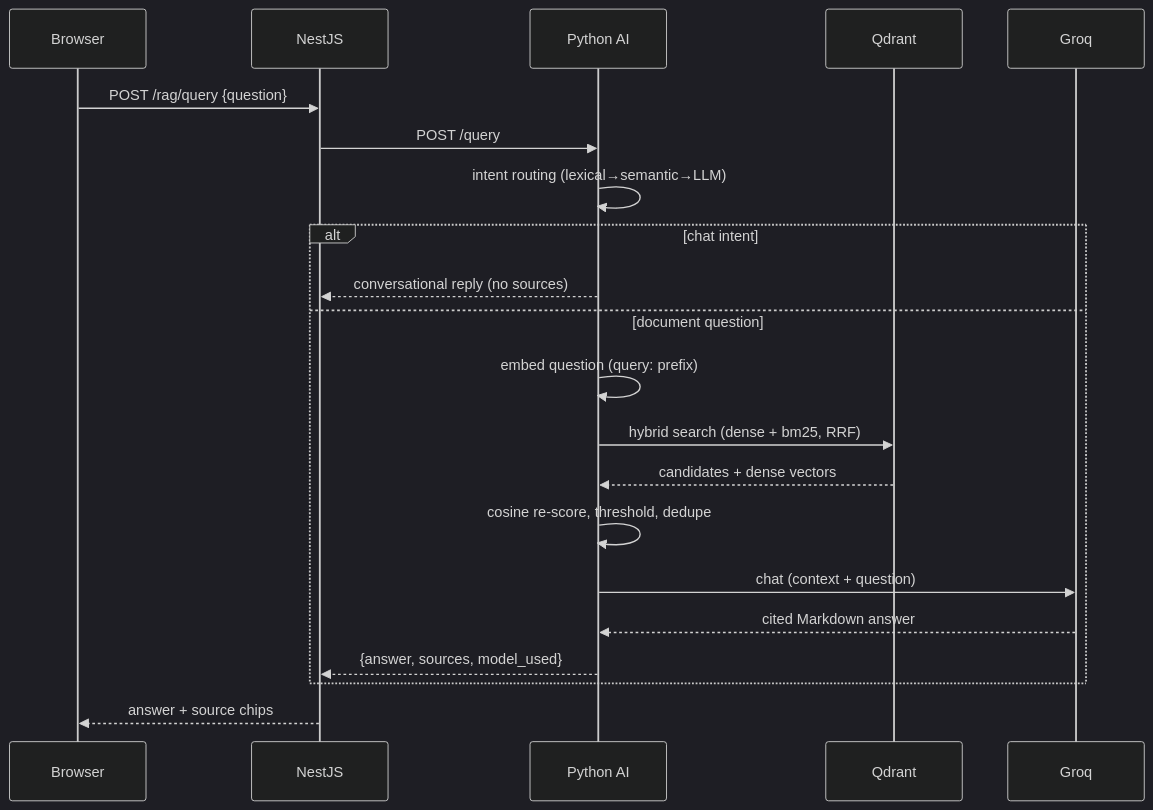
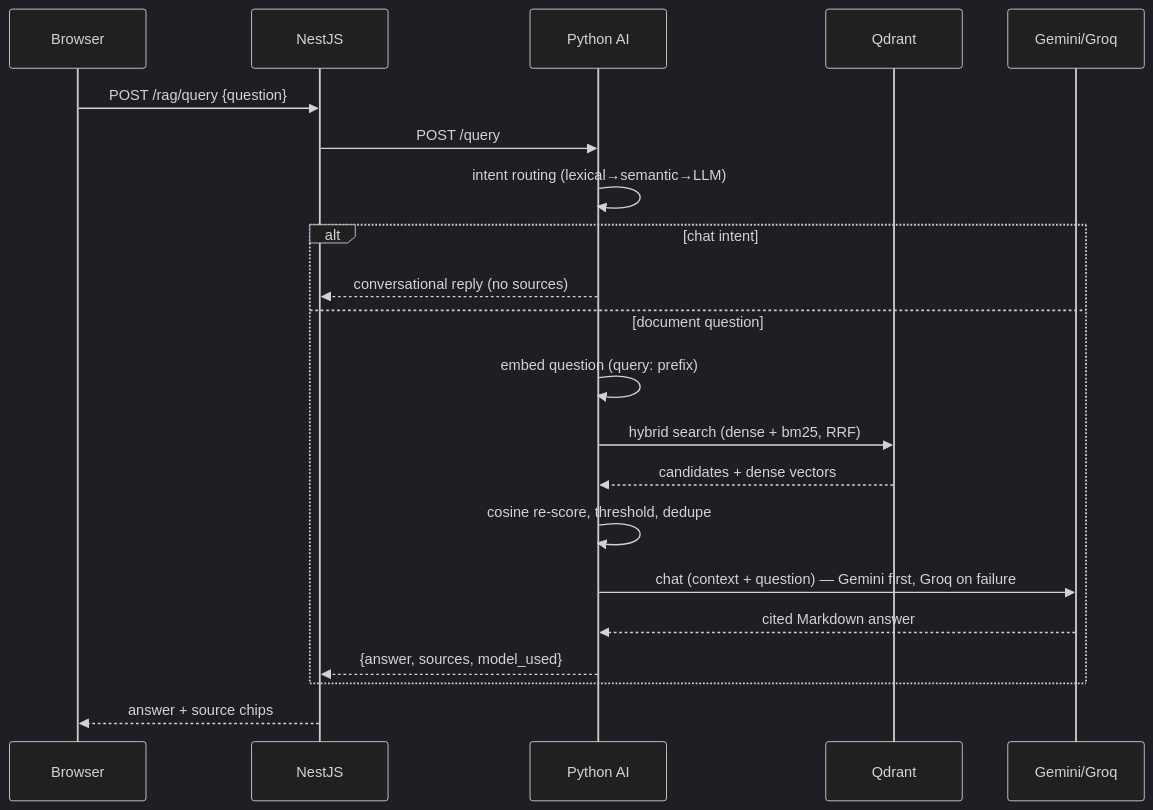
One commit to ashokabbhattaraii/public-notice-management-system-for-nepal changed the tenth of 15 diagrams in docs/THESIS_TOC.md. Above: the diagram before and after it, drawn with Mermaid (dark theme). The commit also changed other lines of this file and 89 other files, not shown here.

````diff
--- a/docs/THESIS_TOC.md
+++ b/docs/THESIS_TOC.md
@@ -667,23 +725,23 @@
 ```mermaid
 sequenceDiagram
     participant B as Browser
     participant N as NestJS
     participant AI as Python AI
     participant Q as Qdrant
-    participant G as Groq
+    participant L as Gemini/Groq
     B->>N: POST /rag/query {question}
     N->>AI: POST /query
     AI->>AI: intent routing (lexical→semantic→LLM)
     alt chat intent
       AI-->>N: conversational reply (no sources)
     else document question
       AI->>AI: embed question (query: prefix)
       AI->>Q: hybrid search (dense + bm25, RRF)
       Q-->>AI: candidates + dense vectors
       AI->>AI: cosine re-score, threshold, dedupe
-      AI->>G: chat (context + question)
-      G-->>AI: cited Markdown answer
+      AI->>L: chat (context + question) — Gemini first, Groq on failure
+      L-->>AI: cited Markdown answer
       AI-->>N: {answer, sources, model_used}
     end
     N-->>B: answer + source chips
 ```
````
